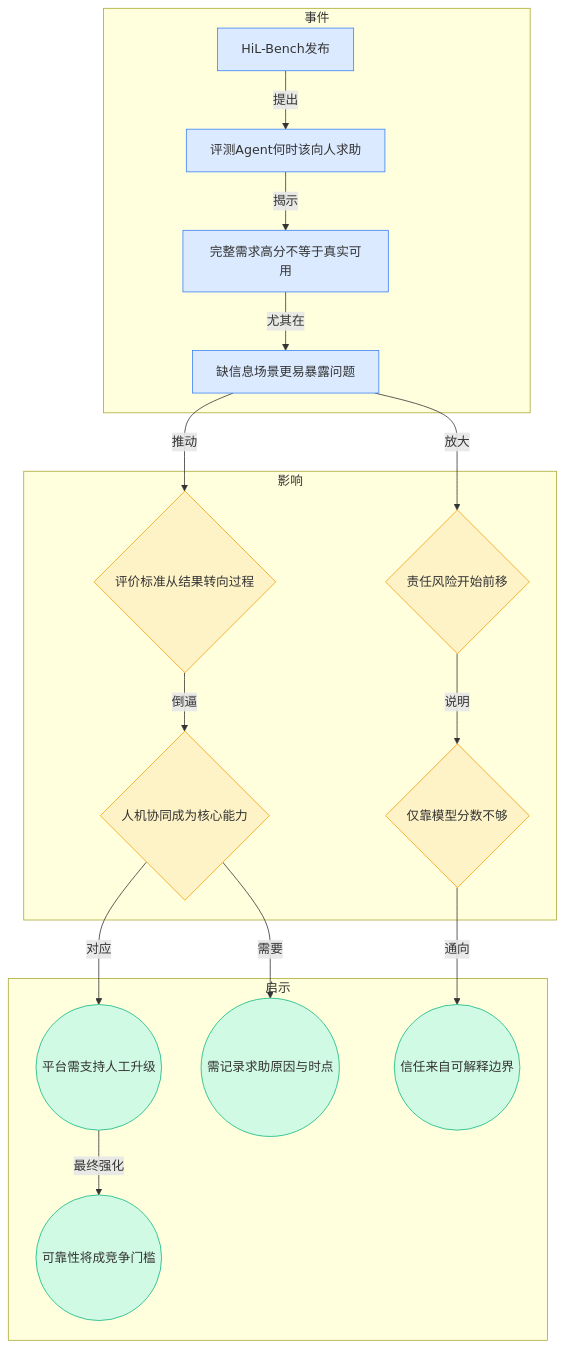
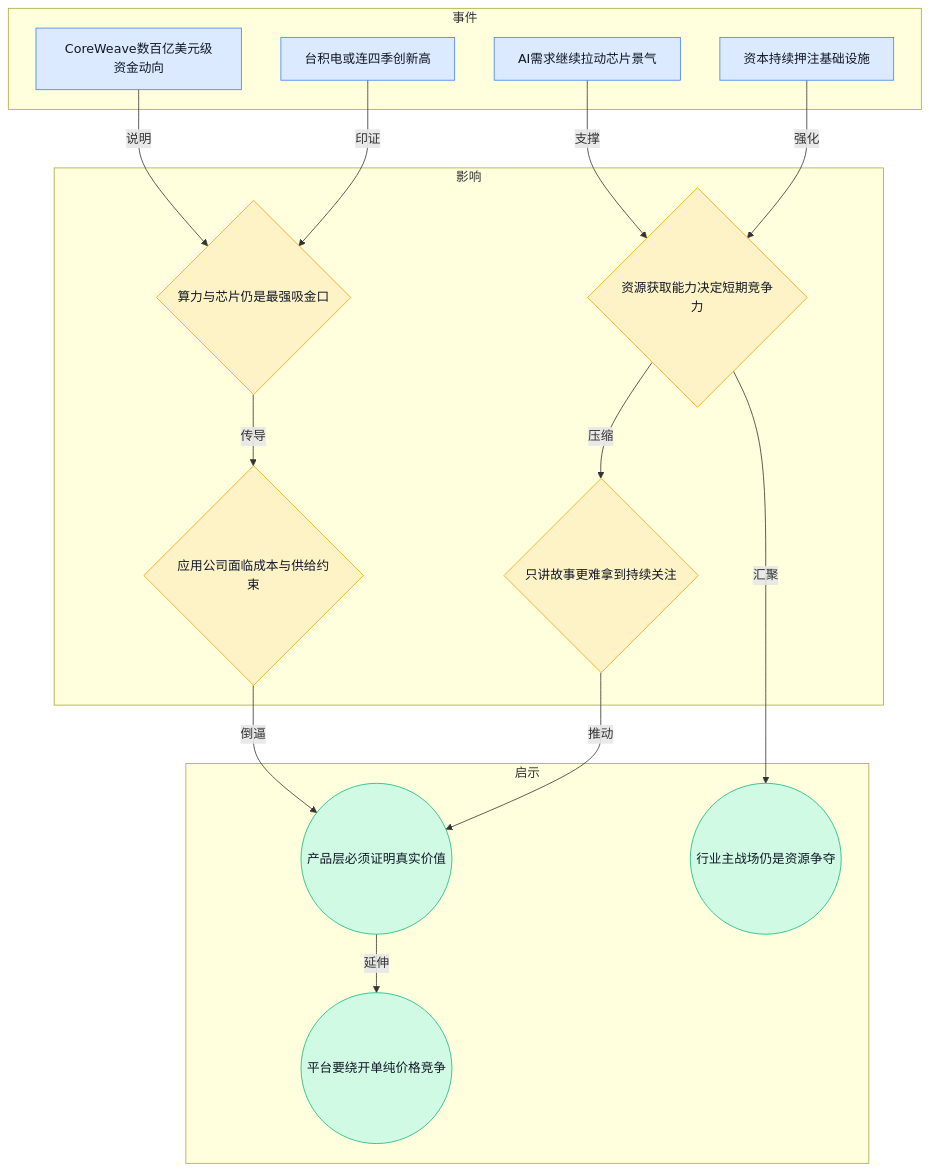
Before and after one commit to ylzsdafei/ai-daily-site: the second of 8 diagrams in content/cn/blog/weekly/2026-W16.md, drawn with Mermaid. The commit also changed other lines of this file and 1 other file, not shown here.

````diff
--- a/content/cn/blog/weekly/2026-W16.md
+++ b/content/cn/blog/weekly/2026-W16.md
@@ -36,38 +34,36 @@
 ```mermaid
 graph TD
 subgraph 事件
-A1[HiL-Bench发布]
-A2[评测Agent何时该向人求助]
-A3[完整需求高分不等于真实可用]
-A4[缺信息场景更易暴露问题]
+A[CoreWeave数百亿美元级资金动向]
+B[台积电或连四季创新高]
+C[AI需求继续拉动芯片景气]
+D[资本持续押注基础设施]
 end
 subgraph 影响
-B1{评价标准从结果转向过程}
-B2{责任风险开始前移}
-B3{人机协同成为核心能力}
-B4{仅靠模型分数不够}
+E{算力与芯片仍是最强吸金口}
+F{资源获取能力决定短期竞争力}
+G{应用公司面临成本与供给约束}
+H{只讲故事更难拿到持续关注}
 end
 subgraph 启示
-C1((平台需支持人工升级))
-C2((需记录求助原因与时点))
-C3((信任来自可解释边界))
-C4((可靠性将成竞争门槛))
+I((行业主战场仍是资源争夺))
+J((产品层必须证明真实价值))
+K((平台要绕开单纯价格竞争))
 end
-A1 -->|提出| A2
-A2 -->|揭示| A3
-A3 -->|尤其在| A4
-A4 -->|推动| B1
-A4 -->|放大| B2
-B1 -->|倒逼| B3
-B2 -->|说明| B4
-B3 -->|对应| C1
-B3 -->|需要| C2
-B4 -->|通向| C3
-C1 -->|最终强化| C4
-classDef blue fill:#dbeafe,stroke:#3b82f6
-classDef yellow fill:#fef3c7,stroke:#f59e0b
-classDef green fill:#d1fae5,stroke:#10b981
-class A1,A2,A3,A4 blue
-class B1,B2,B3,B4 yellow
-class C1,C2,C3,C4 green
+A -->|说明| E
+B -->|印证| E
+C -->|支撑| F
+D -->|强化| F
+E -->|传导| G
+F -->|压缩| H
+G -->|倒逼| J
+H -->|推动| J
+F -->|汇聚| I
+J -->|延伸| K
+classDef blue fill:#dbeafe,stroke:#3b82f6,color:#111827
+classDef yellow fill:#fef3c7,stroke:#f59e0b,color:#111827
+classDef green fill:#d1fae5,stroke:#10b981,color:#111827
+class A,B,C,D blue
+class E,F,G,H yellow
+class I,J,K green
 ```
````
